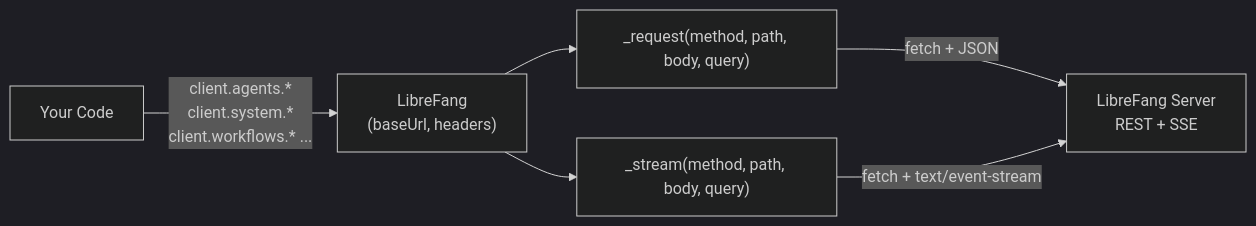
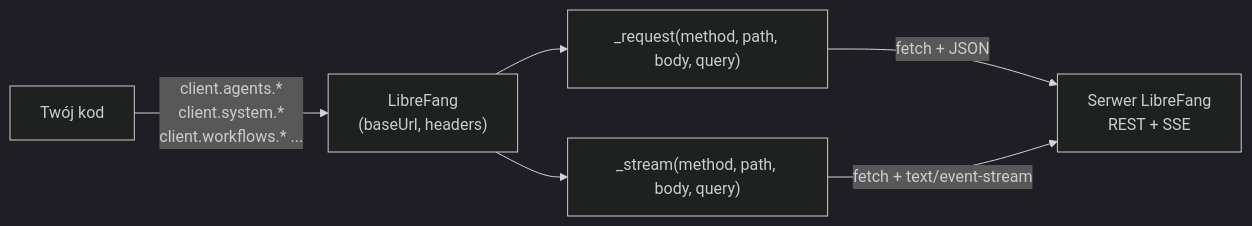
The diagram in sdk-javascript.md (leszek3737/librefang-WIki), drawn with Mermaid (dark theme) before and after one commit. The commit also changed other lines of this file and 104 other files, not shown here.

````diff
--- a/sdk-javascript.md
+++ b/sdk-javascript.md
@@ -49,14 +49,14 @@
 ```mermaid
 flowchart LR
-    App["Your Code"]
+    App["Twój kod"]
     LF["LibreFang<br/>(baseUrl, headers)"]
     Req["_request(method, path, body, query)"]
     Str["_stream(method, path, body, query)"]
-    API["LibreFang Server<br/>REST + SSE"]
+    API["Serwer LibreFang<br/>REST + SSE"]
 
     App -->|"client.agents.*<br/>client.system.*<br/>client.workflows.* ..."| LF
     LF --> Req
     LF --> Str
     Req -->|"fetch + JSON"| API
     Str -->|"fetch + text/event-stream"| API
 ```
````
